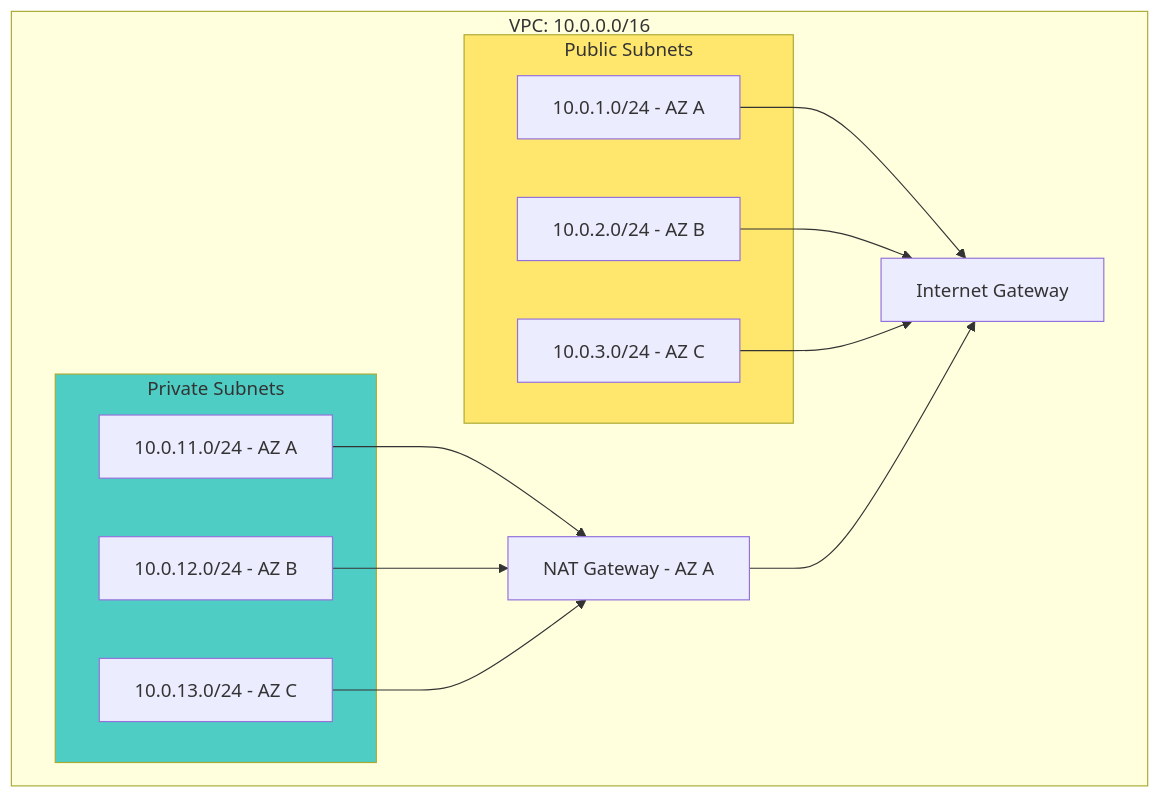
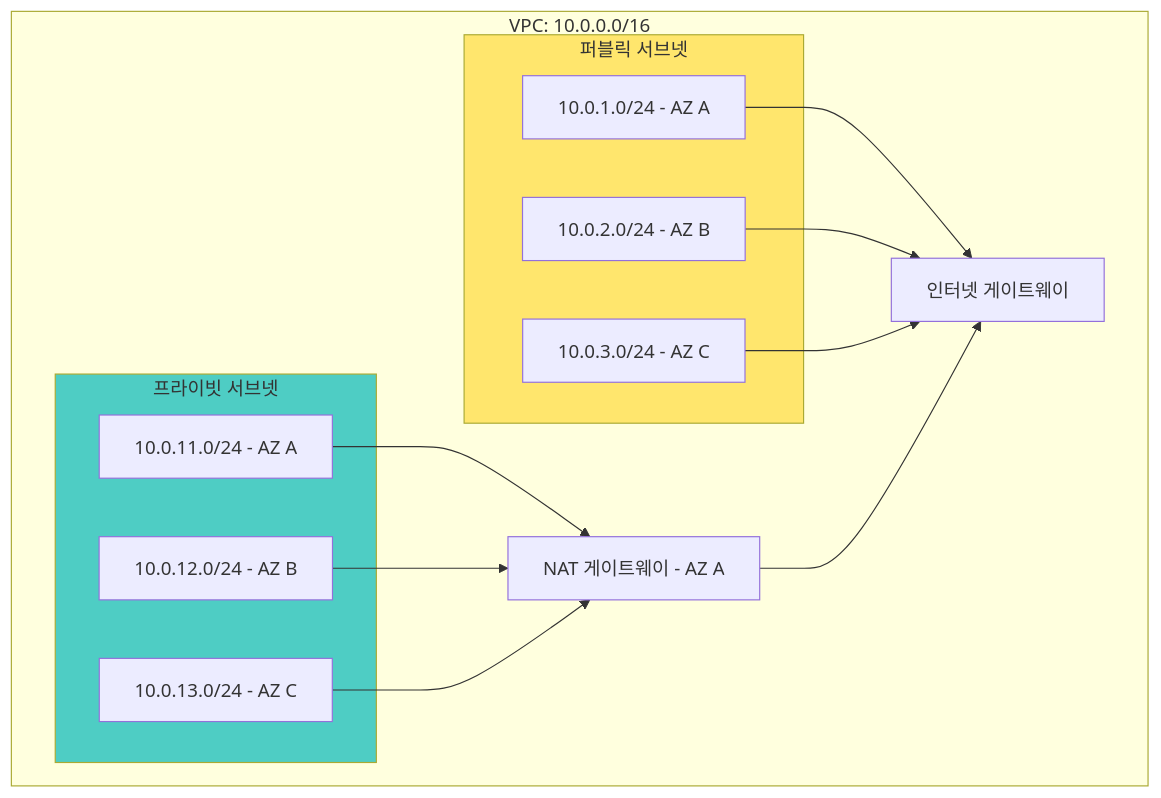
The second of 15 diagrams in docs/final-architecture/01-aws-architecture-diagram.md (Pinksea-AI/InvokeAI), drawn with Mermaid before and after one commit. The commit also changed other lines of this file, not shown here.

First line of the commit message:
docs: AWS 아키텍처 다이어그램 문서를 한글로 번역

````diff
--- a/docs/final-architecture/01-aws-architecture-diagram.md
+++ b/docs/final-architecture/01-aws-architecture-diagram.md
@@ -100,32 +100,32 @@
 ```mermaid
 graph TB
     subgraph VPC[VPC: 10.0.0.0/16]
-        subgraph Public[Public Subnets]
+        subgraph Public[퍼블릭 서브넷]
             PubA[10.0.1.0/24 - AZ A]
             PubB[10.0.2.0/24 - AZ B]
             PubC[10.0.3.0/24 - AZ C]
         end
 
-        subgraph Private[Private Subnets]
+        subgraph Private[프라이빗 서브넷]
             PrivA[10.0.11.0/24 - AZ A]
             PrivB[10.0.12.0/24 - AZ B]
             PrivC[10.0.13.0/24 - AZ C]
         end
 
-        IGW[Internet Gateway]
-        NAT[NAT Gateway - AZ A]
+        IGW[인터넷 게이트웨이]
+        NAT[NAT 게이트웨이 - AZ A]
 
         PubA --> IGW
         PubB --> IGW
         PubC --> IGW
 
         PrivA --> NAT
         PrivB --> NAT
         PrivC --> NAT
 
         NAT --> IGW
     end
 
     style Public fill:#FFE66D
     style Private fill:#4ECDC4
 ```
````
